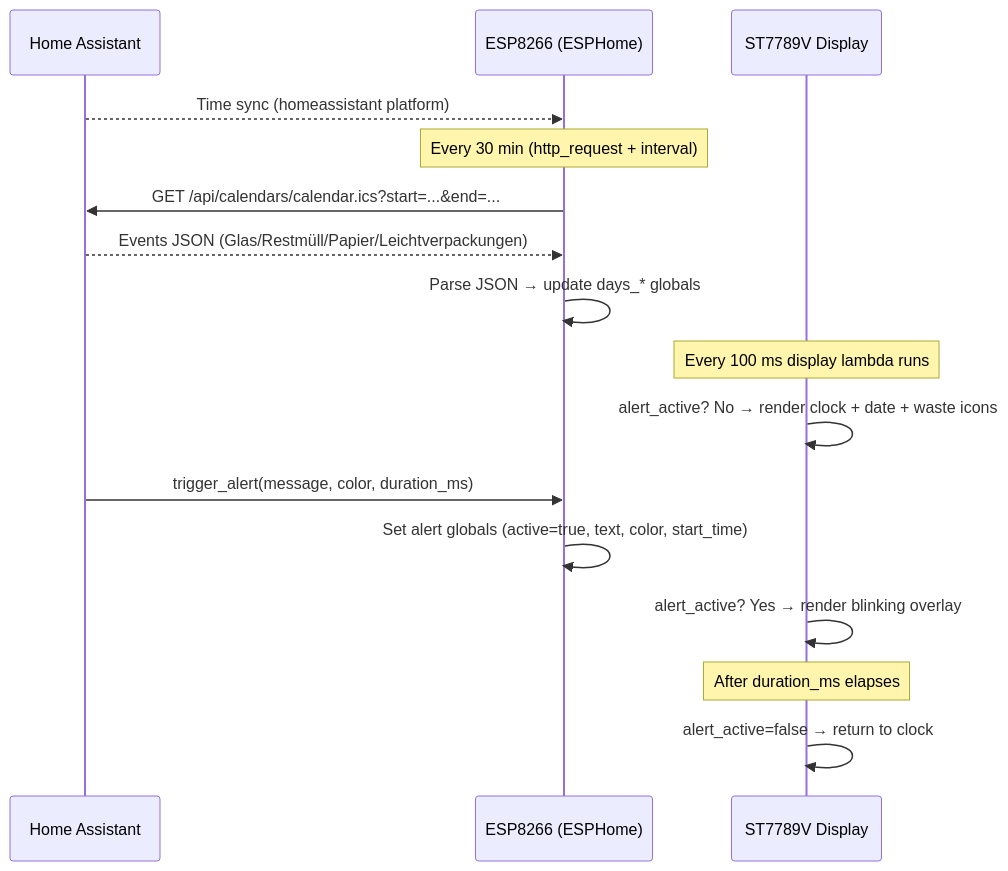
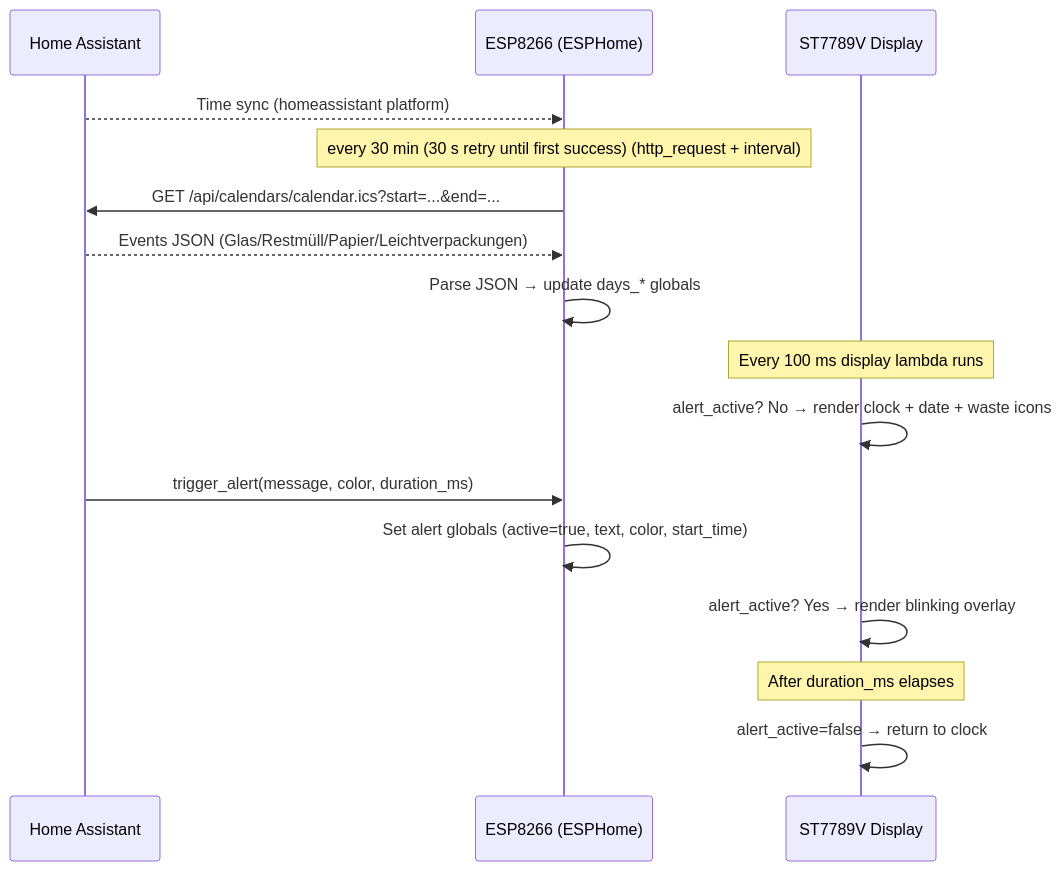
Before and after one commit to DBlade82/MiniTV: the second of 4 diagrams in docs/systemoverview.md, drawn with Mermaid. The commit also changed other lines of this file and 5 other files, not shown here.

Commit message:
feat: retry waste calendar poll every 30s until first success, then 30 min

````diff
--- a/docs/systemoverview.md
+++ b/docs/systemoverview.md
@@ -55,21 +55,21 @@
 ```mermaid
 sequenceDiagram
     participant HA as Home Assistant
     participant ESP as ESP8266 (ESPHome)
     participant DISP as ST7789V Display
 
     HA-->>ESP: Time sync (homeassistant platform)
-    Note over ESP: Every 30 min (http_request + interval)
+    Note over ESP: every 30 min (30 s retry until first success) (http_request + interval)
     ESP->>HA: GET /api/calendars/calendar.ics?start=...&end=...
     HA-->>ESP: Events JSON (Glas/Restmüll/Papier/Leichtverpackungen)
     ESP->>ESP: Parse JSON → update days_* globals
 
     Note over DISP: Every 100 ms display lambda runs
     DISP->>DISP: alert_active? No → render clock + date + waste icons
 
     HA->>ESP: trigger_alert(message, color, duration_ms)
     ESP->>ESP: Set alert globals (active=true, text, color, start_time)
     DISP->>DISP: alert_active? Yes → render blinking overlay
     Note over DISP: After duration_ms elapses
     DISP->>DISP: alert_active=false → return to clock
 ```
````
